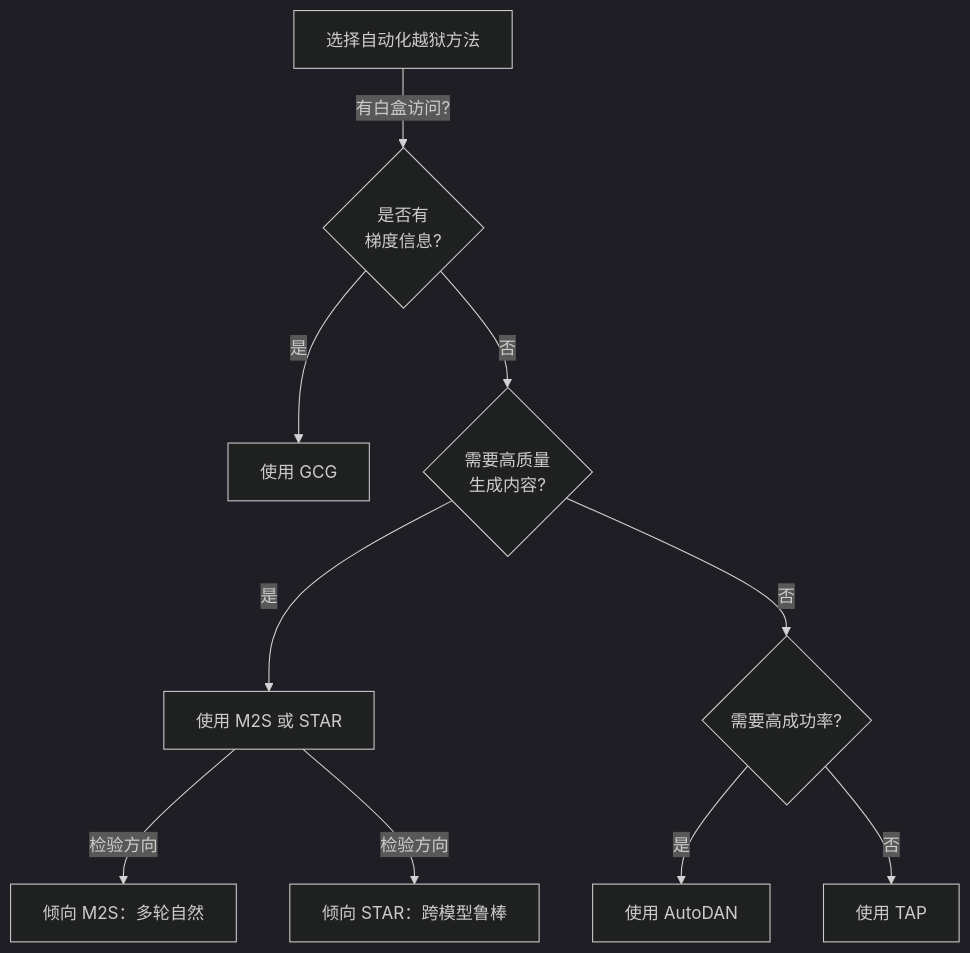
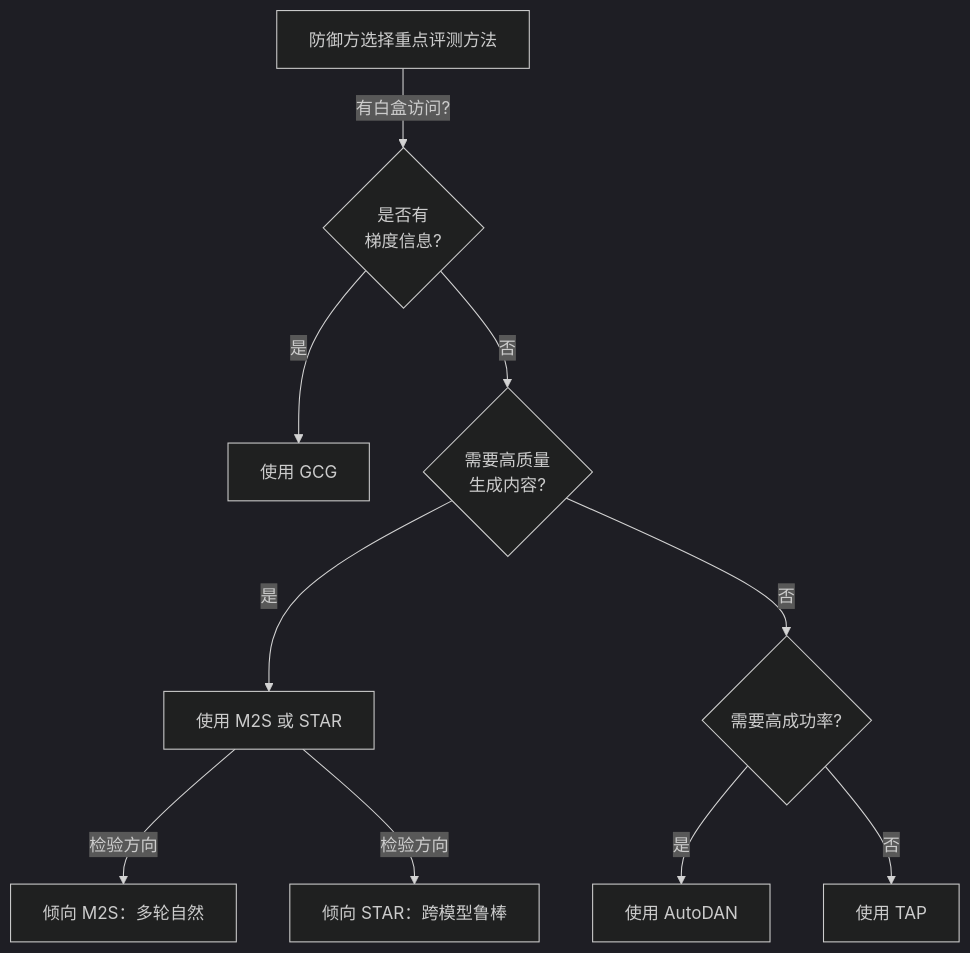
One commit to yeasy/ai_security_guide changed the seventh of 8 diagrams in 05_jailbreak/5.6_automated_jailbreak_methods.md. Above: the diagram before and after it, drawn with Mermaid (dark theme). The commit also changed other lines of this file and 25 other files, not shown here.

````diff
--- a/05_jailbreak/5.6_automated_jailbreak_methods.md
+++ b/05_jailbreak/5.6_automated_jailbreak_methods.md
@@ -378,16 +302,16 @@
 ```mermaid
 flowchart TD
-    A["选择自动化越狱方法"] -->|有白盒访问?| B{是否有<br/>梯度信息?}
+    A["防御方选择重点评测方法"] -->|有白盒访问?| B{是否有<br/>梯度信息?}
 
     B -->|是| C["使用 GCG"]
     B -->|否| D{需要高质量<br/>生成内容?}
 
     D -->|是| E["使用 M2S 或 STAR"]
     D -->|否| F{需要高成功率?}
 
     F -->|是| G["使用 AutoDAN"]
     F -->|否| H["使用 TAP"]
 
     E -->|检验方向| I["倾向 M2S：多轮自然"]
     E -->|检验方向| J["倾向 STAR：跨模型鲁棒"]
 ```
````
